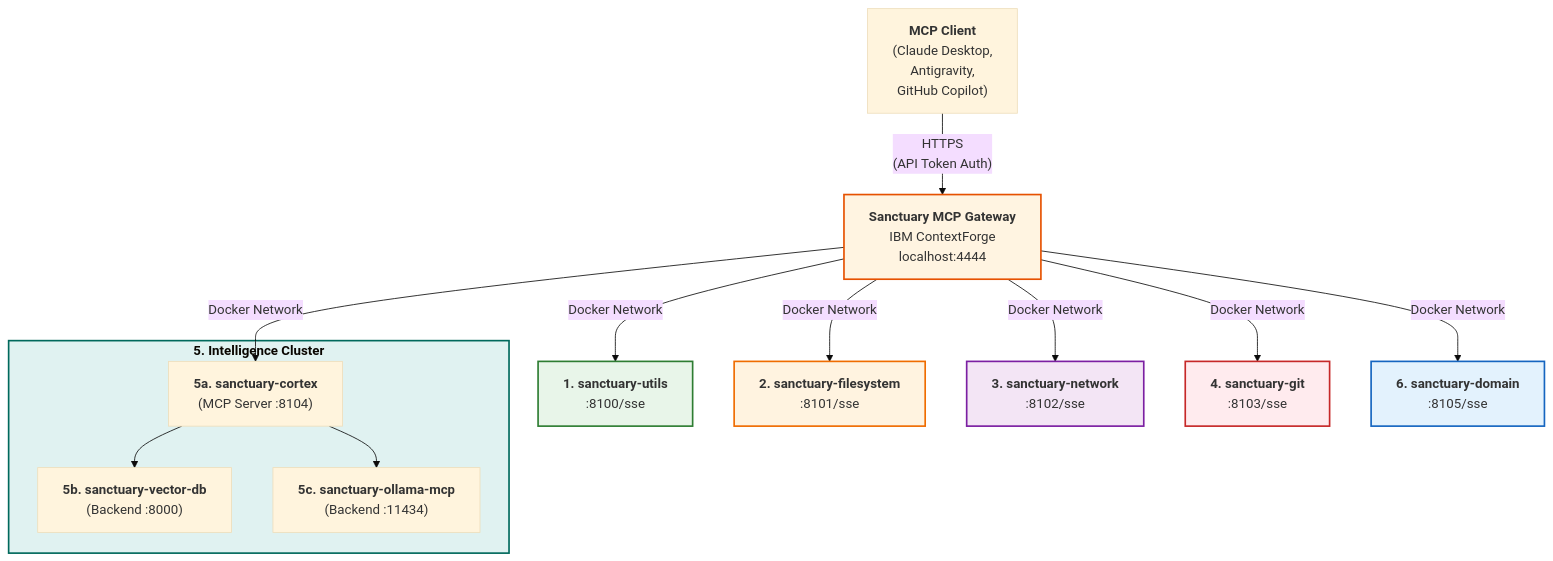
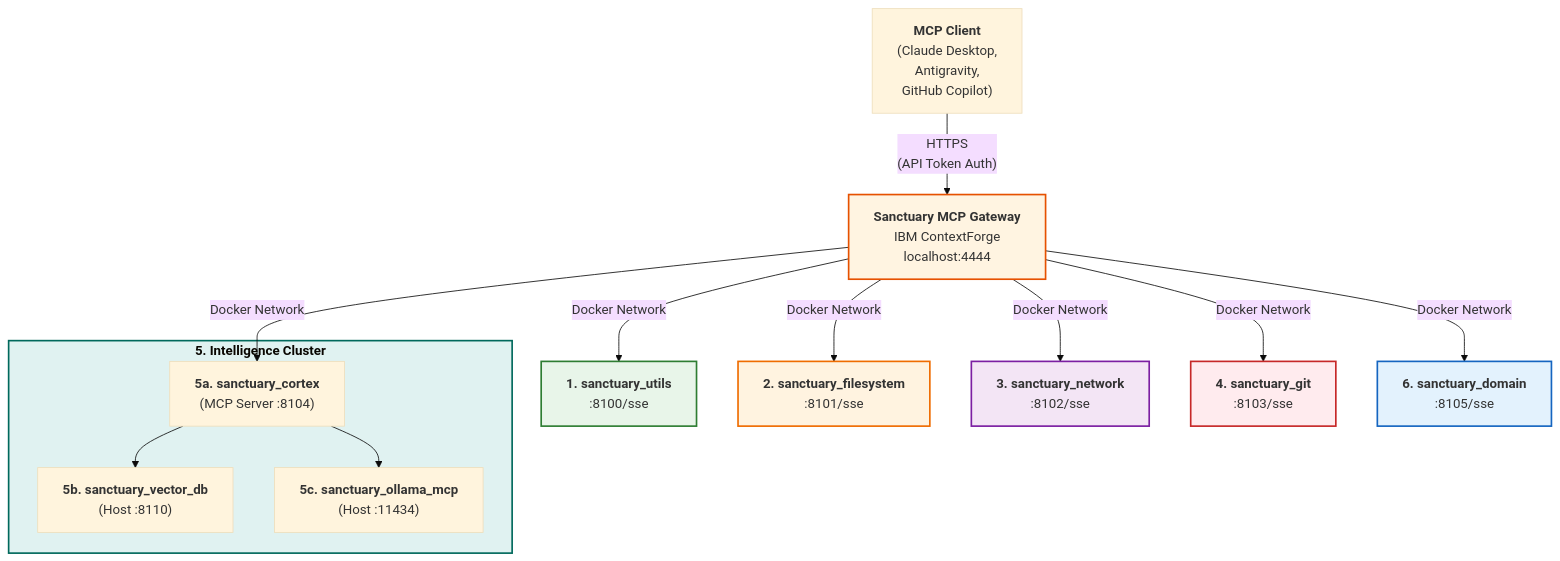
One commit to richfrem/Project_Sanctuary changed the second of 7 diagrams in README.md. Above: the diagram before and after it, drawn with Mermaid. The commit also changed other lines of this file and 274 other files, not shown here.

First line of the commit message:
feat(gateway): Full IBM MCP Gateway integration and SSE Bridge (#114)

````diff
--- a/README.md
+++ b/README.md
@@ -119,32 +119,32 @@
 ```mermaid
 ---
 config:
   theme: base
   layout: dagre
 ---
 flowchart TB
     Client["<b>MCP Client</b><br>(Claude Desktop,<br>Antigravity,<br>GitHub Copilot)"] -- HTTPS<br>(API Token Auth) --> Gateway["<b>Sanctuary MCP Gateway</b><br>IBM ContextForge<br>localhost:4444"]
     
-    Gateway -- Docker Network --> Utils["<b>1. sanctuary-utils</b><br>:8100/sse"]
-    Gateway -- Docker Network --> Filesystem["<b>2. sanctuary-filesystem</b><br>:8101/sse"]
-    Gateway -- Docker Network --> Network["<b>3. sanctuary-network</b><br>:8102/sse"]
-    Gateway -- Docker Network --> Git["<b>4. sanctuary-git</b><br>:8103/sse"]
-    Gateway -- Docker Network --> Domain["<b>6. sanctuary-domain</b><br>:8105/sse"]
+    Gateway -- Docker Network --> Utils["<b>1. sanctuary_utils</b><br>:8100/sse"]
+    Gateway -- Docker Network --> Filesystem["<b>2. sanctuary_filesystem</b><br>:8101/sse"]
+    Gateway -- Docker Network --> Network["<b>3. sanctuary_network</b><br>:8102/sse"]
+    Gateway -- Docker Network --> Git["<b>4. sanctuary_git</b><br>:8103/sse"]
+    Gateway -- Docker Network --> Domain["<b>6. sanctuary_domain</b><br>:8105/sse"]
     Gateway -- Docker Network --> Cortex
     
     subgraph Intelligence["<b>5. Intelligence Cluster</b>"]
-        Cortex["<b>5a. sanctuary-cortex</b><br>(MCP Server :8104)"]
-        VectorDB["<b>5b. sanctuary-vector-db</b><br>(Backend :8000)"]
-        Ollama["<b>5c. sanctuary-ollama-mcp</b><br>(Backend :11434)"]
+        Cortex["<b>5a. sanctuary_cortex</b><br>(MCP Server :8104)"]
+        VectorDB["<b>5b. sanctuary_vector_db</b><br>(Host :8110)"]
+        Ollama["<b>5c. sanctuary_ollama_mcp</b><br>(Host :11434)"]
         Cortex --> VectorDB
         Cortex --> Ollama
     end
 
     style Gateway fill:#fff4e1,stroke:#e65100,stroke-width:2px
     style Utils fill:#e8f5e9,stroke:#2e7d32,stroke-width:2px
     style Filesystem fill:#fff3e0,stroke:#ef6c00,stroke-width:2px
     style Network fill:#f3e5f5,stroke:#7b1fa2,stroke-width:2px
     style Git fill:#ffebee,stroke:#c62828,stroke-width:2px
     style Intelligence fill:#e0f2f1,stroke:#00695c,stroke-width:2px
     style Domain fill:#e3f2fd,stroke:#1565c0,stroke-width:2px
 ```
````
